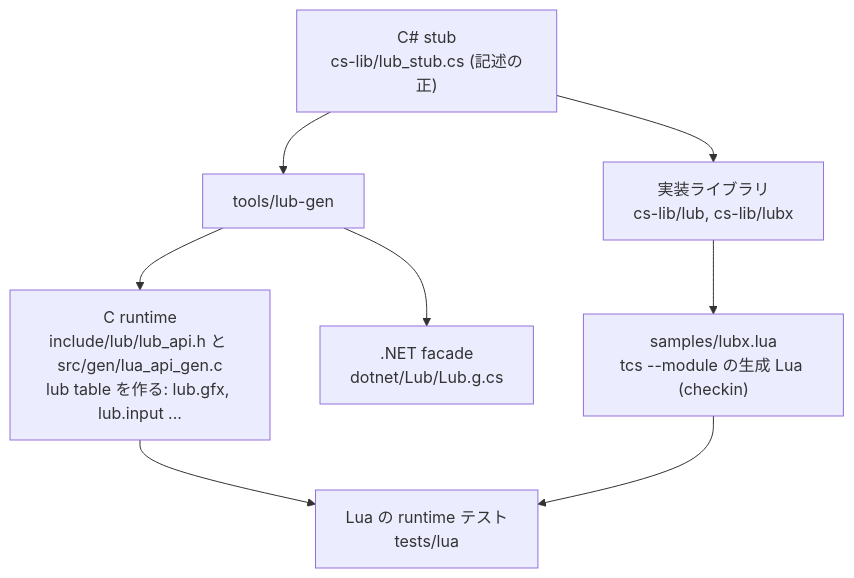
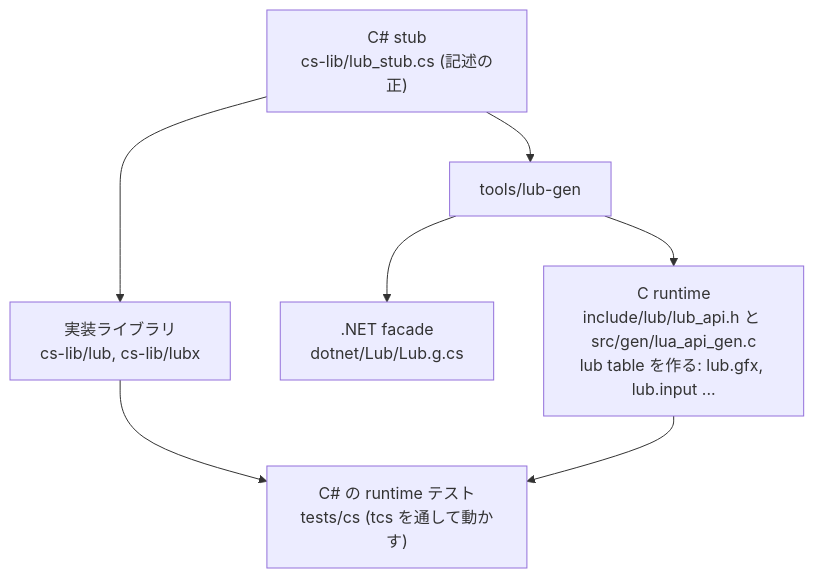
The diagram in docs/api-glue.md (neguse/lub), drawn with Mermaid before and after one commit. The commit also changed other lines of this file and 10 other files, not shown here.

````diff
--- a/docs/api-glue.md
+++ b/docs/api-glue.md
@@ -9,10 +9,9 @@
 ```mermaid
 graph TD
     S["C# stub<br/>cs-lib/lub_stub.cs (記述の正)"] --> G["tools/lub-gen"]
     G --> C["C runtime<br/>include/lub/lub_api.h と src/gen/lua_api_gen.c<br/>lub table を作る: lub.gfx, lub.input ..."]
     G --> F[".NET facade<br/>dotnet/Lub/Lub.g.cs"]
     S --> CS["実装ライブラリ<br/>cs-lib/lub, cs-lib/lubx"]
-    CS --> LX["samples/lubx.lua<br/>tcs --module の生成 Lua (checkin)"]
-    C --> L["Lua の runtime テスト<br/>tests/lua"]
-    LX --> L
+    CS --> T["C# の runtime テスト<br/>tests/cs (tcs を通して動かす)"]
+    C --> T
 ```
````
